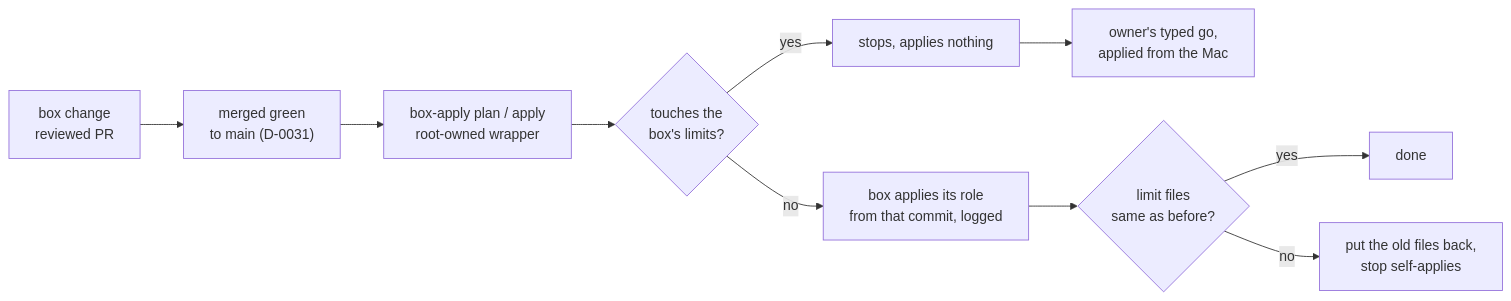
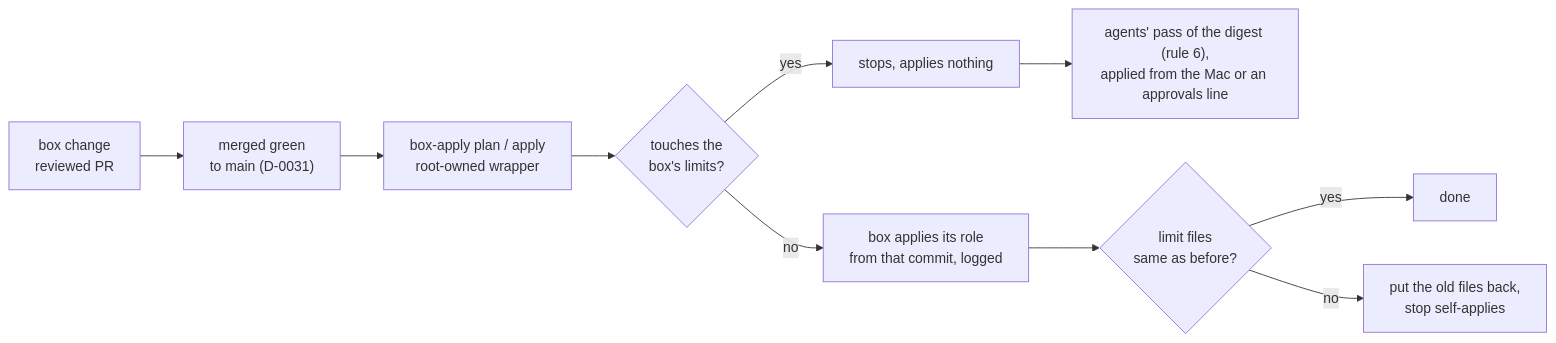
Before and after one commit to jonhill90/central-hub: the diagram in docs/decisions/0036-let-the-agent-box-apply-its-own-reviewed-setup.md, drawn with Mermaid. The commit also changed other lines of this file and 16 other files, not shown here.

````diff
--- a/docs/decisions/0036-let-the-agent-box-apply-its-own-reviewed-setup.md
+++ b/docs/decisions/0036-let-the-agent-box-apply-its-own-reviewed-setup.md
@@ -51,12 +51,12 @@
 ```mermaid
 flowchart LR
   P["box change<br/>reviewed PR"] --> M["merged green<br/>to main (D-0031)"]
   M --> W["box-apply plan / apply<br/>root-owned wrapper"]
   W --> G{"touches the<br/>box's limits?"}
   G -- no --> A["box applies its role<br/>from that commit, logged"]
   G -- yes --> S["stops, applies nothing"]
-  S --> O["owner's typed go,<br/>applied from the Mac"]
+  S --> O["agents' pass of the digest (rule 6),<br/>applied from the Mac or an approvals line"]
   A --> H{"limit files<br/>same as before?"}
   H -- yes --> D["done"]
   H -- no --> R["put the old files back,<br/>stop self-applies"]
 ```
````
